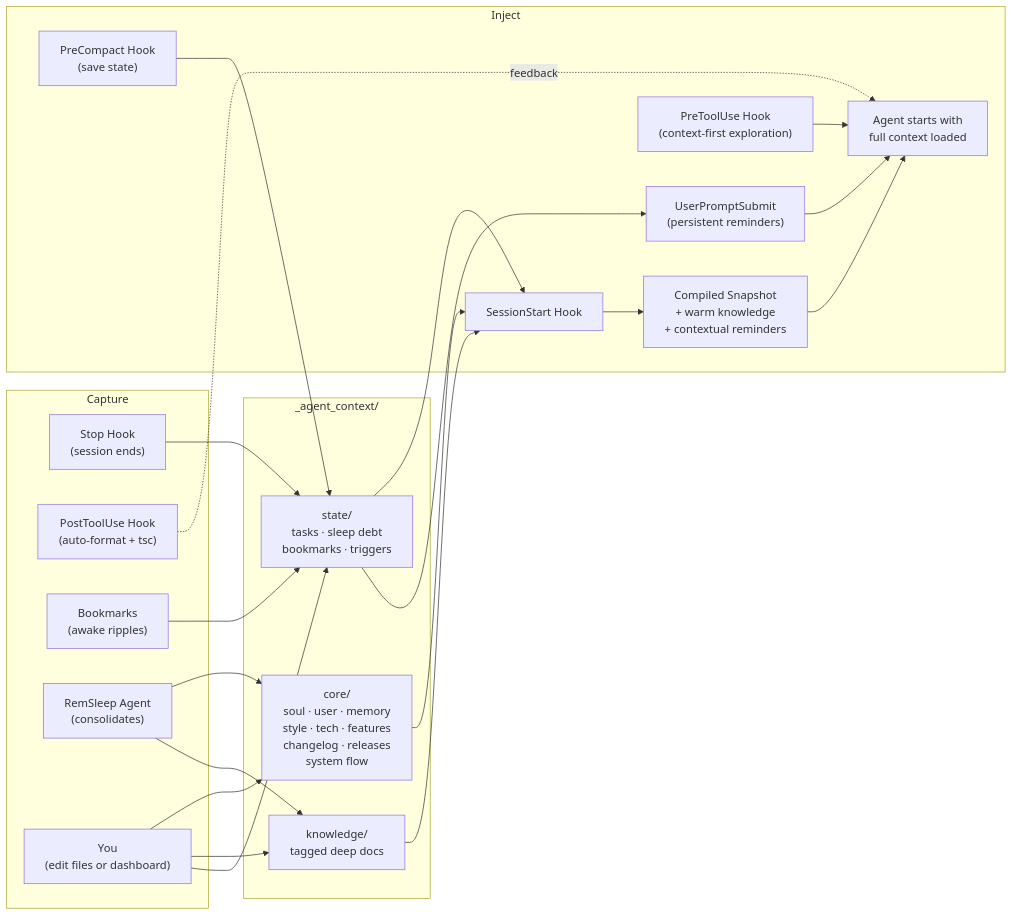
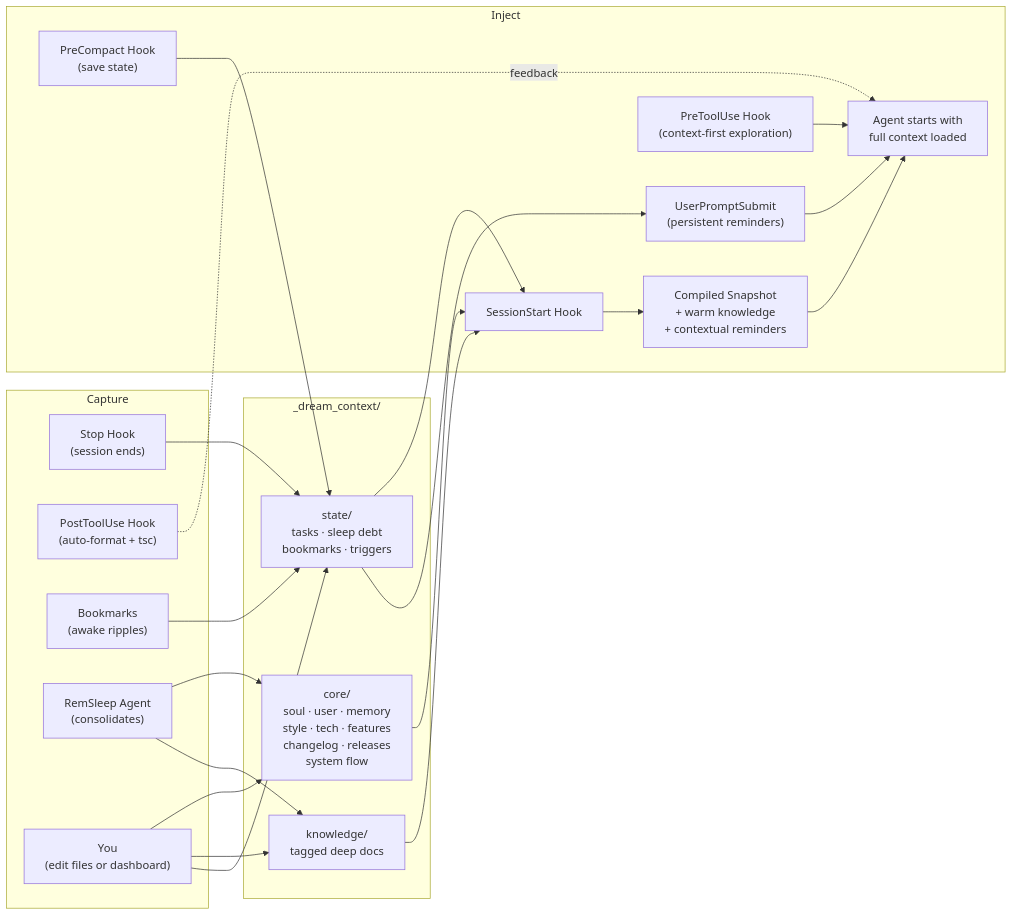
One commit to Sepi0l-brd/dreamcontext changed the diagram in README.md. Above: the diagram before and after it, drawn with Mermaid. The commit also changed other lines of this file and 78 other files, not shown here.

````diff
--- a/README.md
+++ b/README.md
@@ -52,44 +52,44 @@
 ```mermaid
 flowchart LR
     subgraph capture ["Capture"]
         STOP["Stop Hook\n(session ends)"]
         POSTTOOL["PostToolUse Hook\n(auto-format + tsc)"]
         BOOKMARK["Bookmarks\n(awake ripples)"]
         SLEEP["RemSleep Agent\n(consolidates)"]
         HUMAN["You\n(edit files or dashboard)"]
     end
 
-    subgraph store ["_agent_context/"]
+    subgraph store ["_dream_context/"]
         CORE["core/\nsoul · user · memory\nstyle · tech · features\nchangelog · releases\nsystem flow"]
         KNOWLEDGE["knowledge/\ntagged deep docs"]
         STATE["state/\ntasks · sleep debt\nbookmarks · triggers"]
     end
 
     subgraph inject ["Inject"]
         SESSION["SessionStart Hook"]
         PROMPT["UserPromptSubmit\n(persistent reminders)"]
         PRETOOL["PreToolUse Hook\n(context-first exploration)"]
         PRECOMPACT["PreCompact Hook\n(save state)"]
         SNAPSHOT["Compiled Snapshot\n+ warm knowledge\n+ contextual reminders"]
         AGENT["Agent starts with\nfull context loaded"]
     end
 
     BOOKMARK --> STATE
     STOP --> STATE
     POSTTOOL -.->|"feedback"| AGENT
     SLEEP --> CORE
     SLEEP --> KNOWLEDGE
     HUMAN --> CORE
     HUMAN --> KNOWLEDGE
     HUMAN --> STATE
 
     CORE --> SESSION
     KNOWLEDGE --> SESSION
     STATE --> SESSION
     STATE --> PROMPT
     SESSION --> SNAPSHOT
     PROMPT --> AGENT
     PRETOOL --> AGENT
     PRECOMPACT --> STATE
     SNAPSHOT --> AGENT
 ```
````
